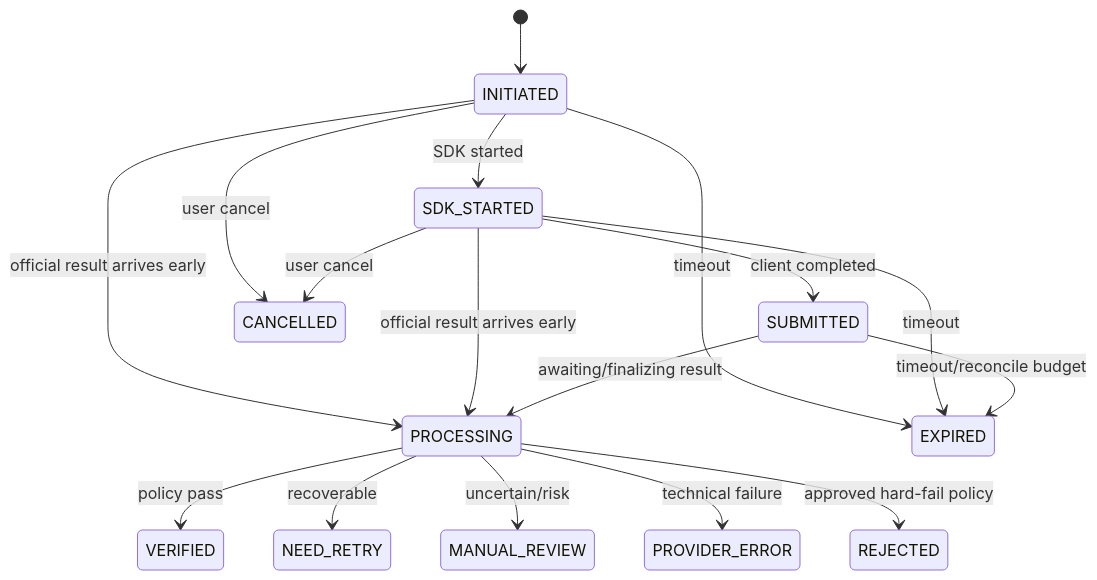
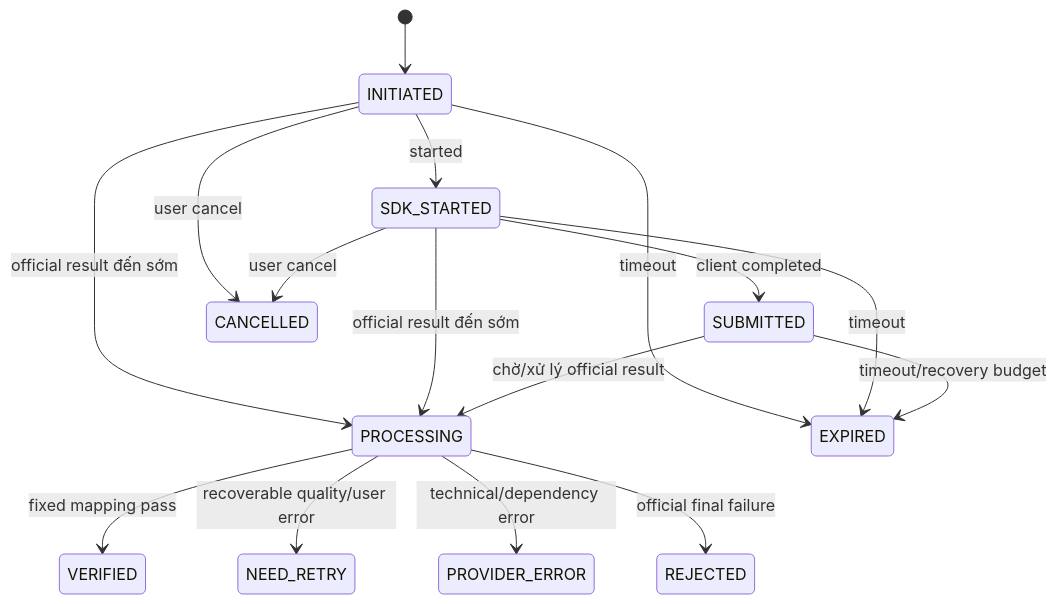
One commit to huynv-xyz/vhm changed the fourth of 8 diagrams in tdd2.md. Above: the diagram before and after it, drawn with Mermaid. The commit also changed other lines of this file, not shown here.

````diff
--- a/tdd2.md
+++ b/tdd2.md
@@ -246,19 +269,18 @@
 ```mermaid
 stateDiagram-v2
     [*] --> INITIATED
-    INITIATED --> SDK_STARTED: SDK started
+    INITIATED --> SDK_STARTED: started
     SDK_STARTED --> SUBMITTED: client completed
-    INITIATED --> PROCESSING: official result arrives early
-    SDK_STARTED --> PROCESSING: official result arrives early
-    SUBMITTED --> PROCESSING: awaiting/finalizing result
-    PROCESSING --> VERIFIED: policy pass
-    PROCESSING --> NEED_RETRY: recoverable
-    PROCESSING --> MANUAL_REVIEW: uncertain/risk
-    PROCESSING --> PROVIDER_ERROR: technical failure
-    PROCESSING --> REJECTED: approved hard-fail policy
+    INITIATED --> PROCESSING: official result đến sớm
+    SDK_STARTED --> PROCESSING: official result đến sớm
+    SUBMITTED --> PROCESSING: chờ/xử lý official result
+    PROCESSING --> VERIFIED: fixed mapping pass
+    PROCESSING --> NEED_RETRY: recoverable quality/user error
+    PROCESSING --> PROVIDER_ERROR: technical/dependency error
+    PROCESSING --> REJECTED: official final failure
     INITIATED --> CANCELLED: user cancel
     SDK_STARTED --> CANCELLED: user cancel
     INITIATED --> EXPIRED: timeout
     SDK_STARTED --> EXPIRED: timeout
-    SUBMITTED --> EXPIRED: timeout/reconcile budget
+    SUBMITTED --> EXPIRED: timeout/recovery budget
 ```
````
